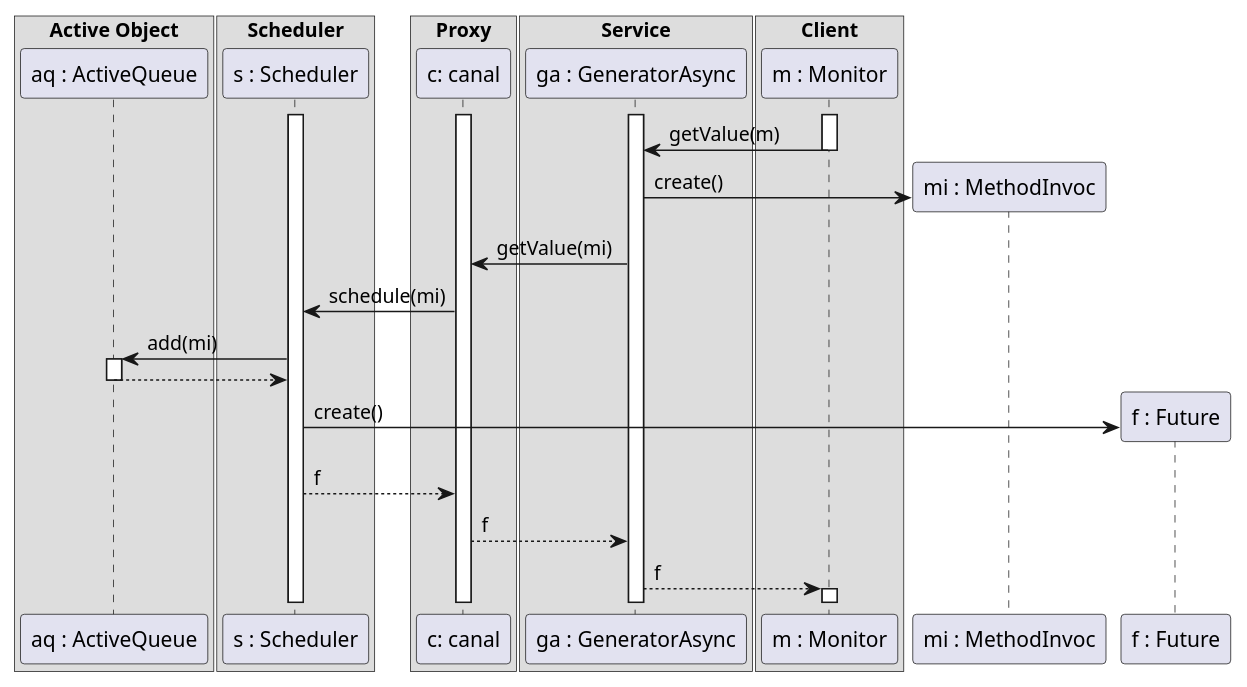
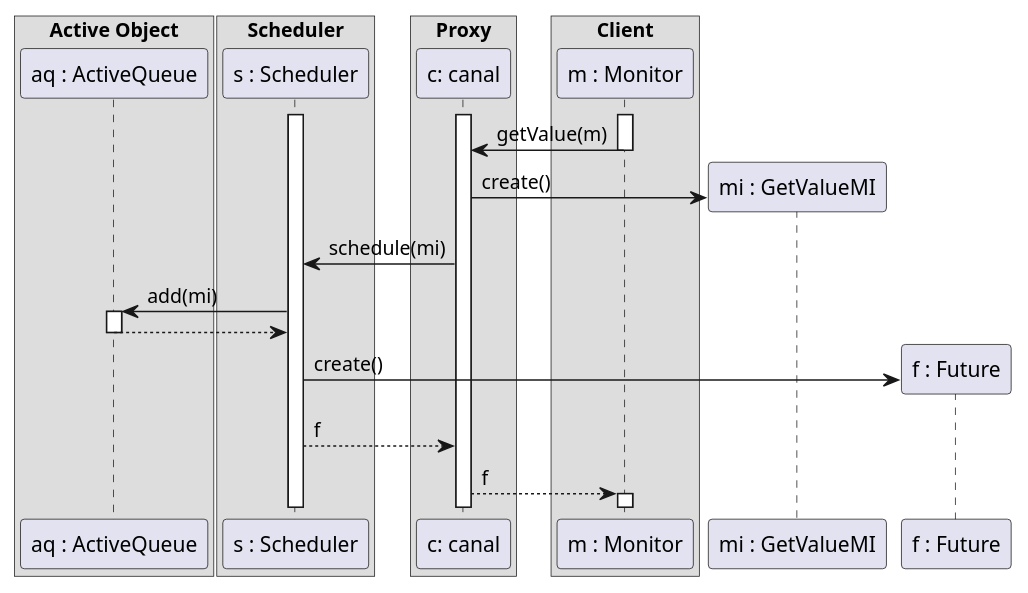
One commit to malahx/ISTIC changed the diagram in AOC/TP1/getValueAsync1.puml. Above: the diagram before and after it, drawn with PlantUML. The commit also changed 3 other files, not shown here.

```diff
--- a/AOC/TP1/getValueAsync1.puml
+++ b/AOC/TP1/getValueAsync1.puml
@@ -1,38 +1,32 @@
 @startuml
 box "Active Object"
     participant "aq : ActiveQueue" as aq
 end box
 box "Scheduler"
 participant "s : Scheduler" as s
 end box
 box "Proxy"
     participant "c: canal" as c
 end box
-box "Service"
-    participant "ga : GeneratorAsync" as ga
-end box
 box "Client"
     participant "m : Monitor" as m
 end box
 
 activate m
 activate c
 activate s
-activate ga
-m -> ga: getValue(m)
+m -> c: getValue(m)
 deactivate m
-create "mi : MethodInvoc" as mi
-ga -> mi: create()
-ga -> c: getValue(mi)
+create "mi : GetValueMI" as mi
+c -> mi: create()
 c -> s: schedule(mi)
 s -> aq: add(mi)
 activate aq
 aq --> s
 deactivate aq
 create "f : Future" as f
 s -> f: create()
 s --> c: f
-c --> ga: f
-ga --> m: f
+c --> m: f
 activate m
 @enduml
```
